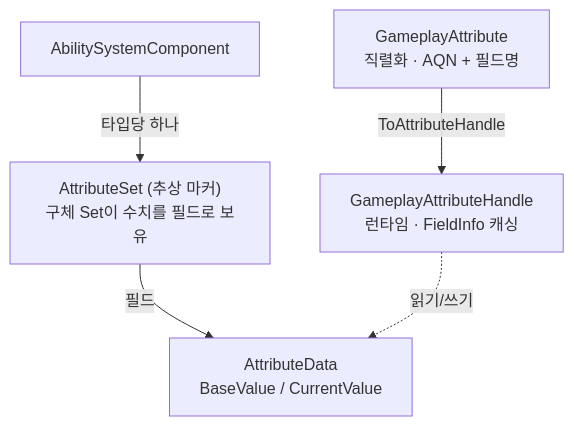
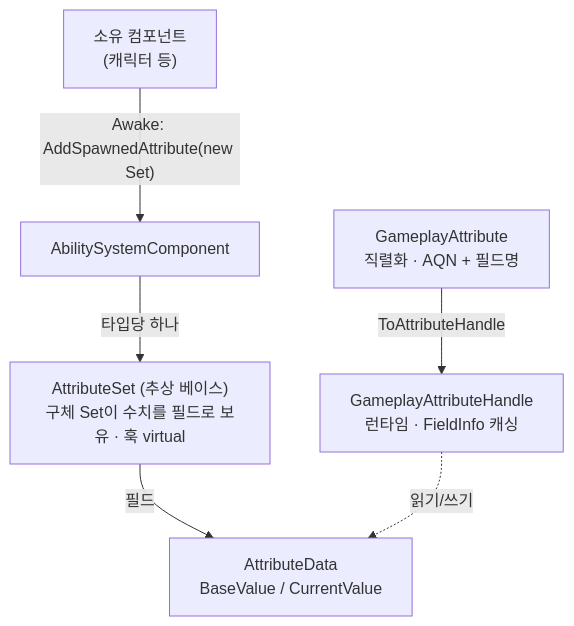
The first of 2 diagrams in dev-docs/project/architecture/ability-system/attribute.md (hanaaple/AbilitySystem-For-Unity), drawn with Mermaid before and after one commit. The commit also changed other lines of this file and 862 other files, not shown here.

````diff
--- a/dev-docs/project/architecture/ability-system/attribute.md
+++ b/dev-docs/project/architecture/ability-system/attribute.md
@@ -11,7 +11,8 @@
 ```mermaid
 flowchart TD
-    ASC["AbilitySystemComponent"] -->|타입당 하나| SET["AttributeSet (추상 마커)<br/>구체 Set이 수치를 필드로 보유"]
+    OWNER["소유 컴포넌트<br/>(캐릭터 등)"] -->|"Awake: AddSpawnedAttribute(new Set)"| ASC["AbilitySystemComponent"]
+    ASC -->|타입당 하나| SET["AttributeSet (추상 베이스)<br/>구체 Set이 수치를 필드로 보유 · 훅 virtual"]
     SET -->|필드| DATA["AttributeData<br/>BaseValue / CurrentValue"]
     ATTR["GameplayAttribute<br/>직렬화 · AQN + 필드명"] -->|ToAttributeHandle| HANDLE["GameplayAttributeHandle<br/>런타임 · FieldInfo 캐싱"]
     HANDLE -. 읽기/쓰기 .-> DATA
 ```
````
